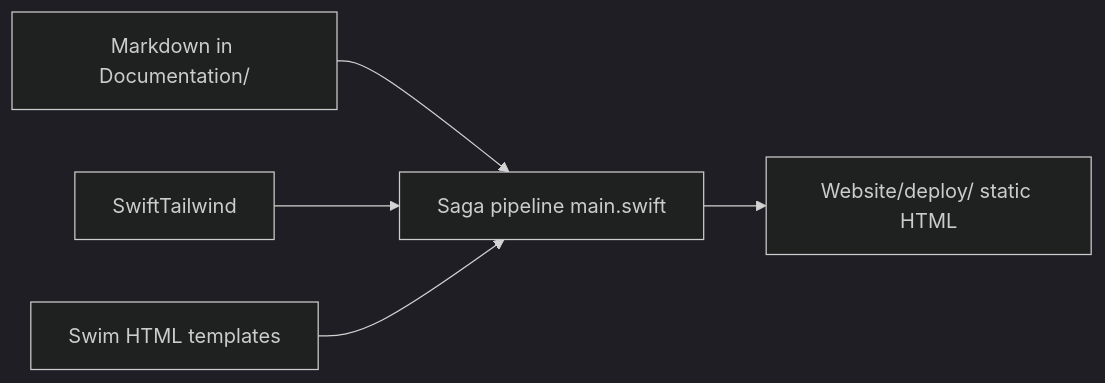
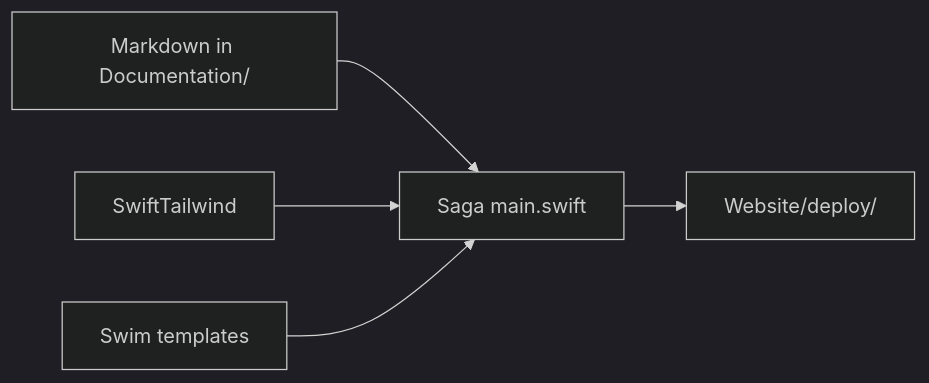
One commit to luizmellodev/Blueprint changed the diagram in Documentation/Content/en/website/overview.md. Above: the diagram before and after it, drawn with Mermaid (dark theme). The commit also changed other lines of this file and 49 other files, not shown here.

Commit message:
Slim docs to focused architecture and website chapters

````diff
--- a/Documentation/Content/en/website/overview.md
+++ b/Documentation/Content/en/website/overview.md
@@ -19,12 +29,12 @@
 ```mermaid
 flowchart LR
   MD[Markdown in Documentation/]
-  SAGA[Saga pipeline main.swift]
+  SAGA[Saga main.swift]
   TW[SwiftTailwind]
-  SWIM[Swim HTML templates]
-  OUT[Website/deploy/ static HTML]
+  SWIM[Swim templates]
+  OUT[Website/deploy/]
   MD --> SAGA
   TW --> SAGA
   SWIM --> SAGA
   SAGA --> OUT
 ```
````
